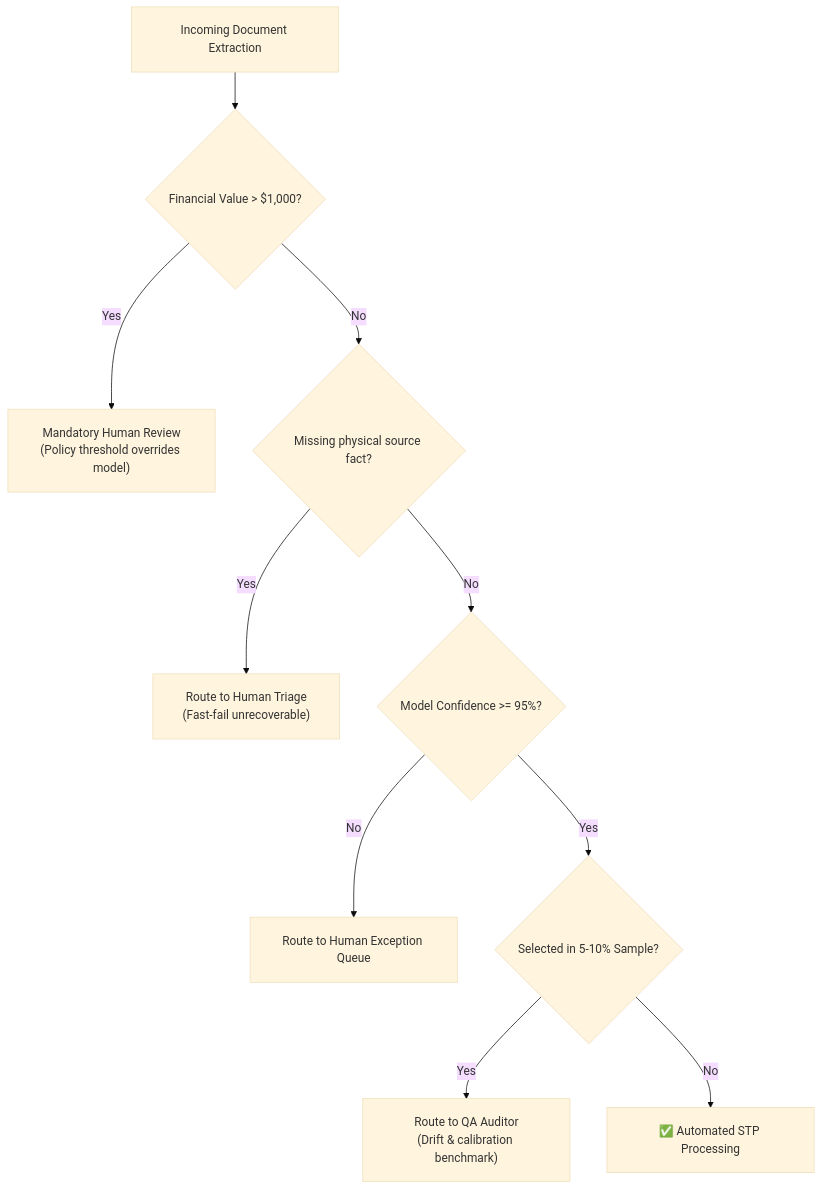
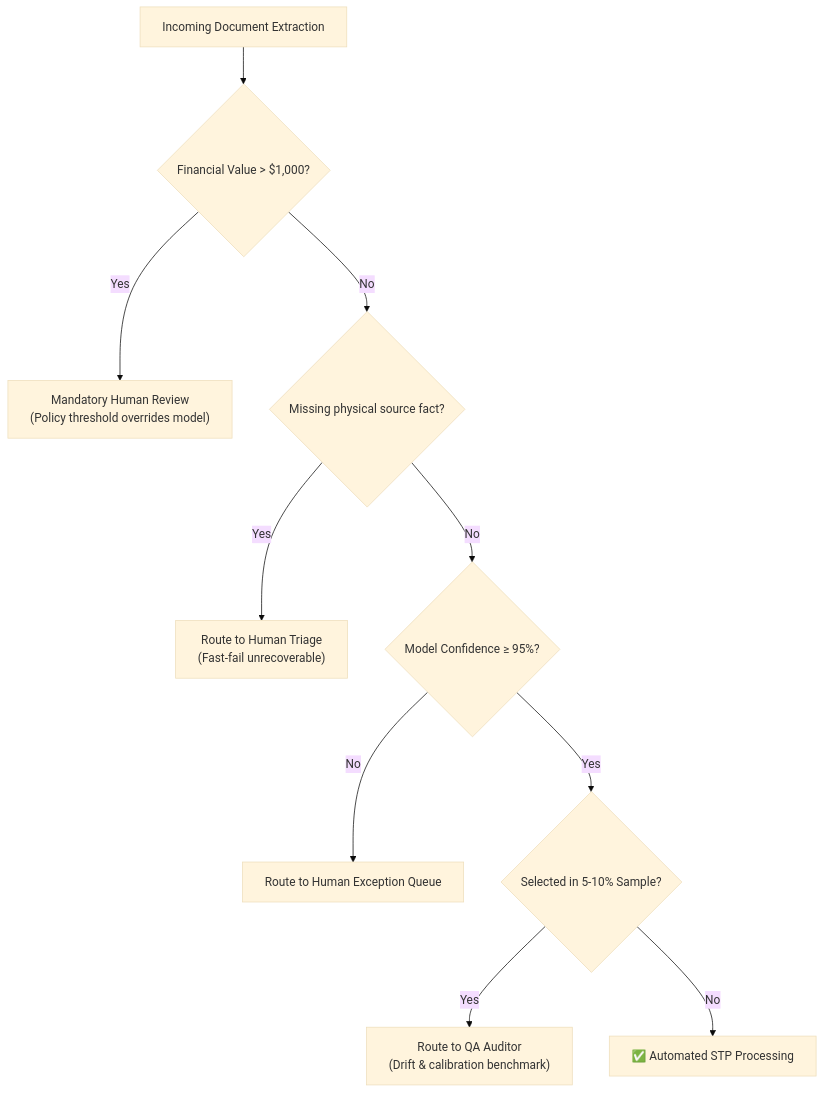
Before and after one commit to dip4k/claude_cert_architect_foundation_prep: the fifth of 6 diagrams in domain5/KEY_CONCEPTS.md, drawn with Mermaid (base theme). The commit also changed other lines of this file and 31 other files, not shown here.

First line of the commit message:
docs(diagrams): fix GitHub Mermaid rendering cut-off, wrappingWidth, and entity escapes across all 32 docs

````diff
--- a/domain5/KEY_CONCEPTS.md
+++ b/domain5/KEY_CONCEPTS.md
@@ -264,13 +264,13 @@
 ```mermaid
-%%{init: {"flowchart": {"htmlLabels": true, "padding": 20}}}%%
+%%{init: {"flowchart": {"htmlLabels": true, "wrappingWidth": 250}}}%%
 flowchart TD
-    Doc["Incoming Document Extraction"] --> ValueCheck{"Financial Value > $1,000?"}
+    Doc["Incoming Document Extraction"] --> ValueCheck{"Financial Value &gt; $1,000?"}
     ValueCheck -- "Yes" --> HighValReview["Mandatory Human Review<br/>(Policy threshold overrides model)"]
     ValueCheck -- "No" --> UnrecCheck{"Missing physical source fact?"}
     UnrecCheck -- "Yes" --> HumanTriage["Route to Human Triage<br/>(Fast-fail unrecoverable)"]
-    UnrecCheck -- "No" --> ConfCheck{"Model Confidence >= 95%?"}
+    UnrecCheck -- "No" --> ConfCheck{"Model Confidence &ge; 95%?"}
     ConfCheck -- "No" --> HumanQueue["Route to Human Exception Queue"]
     ConfCheck -- "Yes" --> StratCheck{"Selected in 5-10% Sample?"}
     StratCheck -- "Yes" --> Auditor["Route to QA Auditor<br/>(Drift & calibration benchmark)"]
     StratCheck -- "No" --> STP["✅ Automated STP Processing"]
 ```
````
